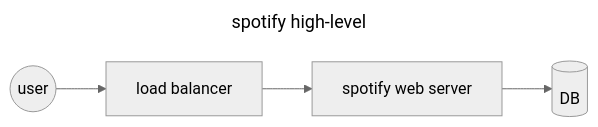
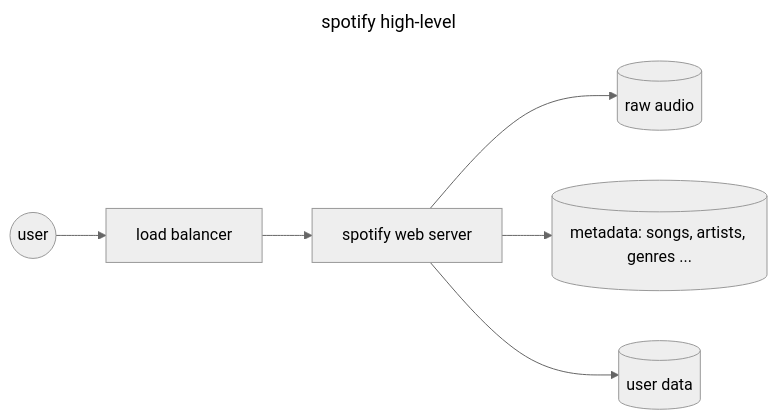
Before and after one commit to brk-a/system-design: the first of 2 diagrams in 0x0B-spotify/0-spotify.md, drawn with Mermaid (neutral theme). The commit also changed other lines of this file, not shown here.

````diff
--- a/0x0B-spotify/0-spotify.md
+++ b/0x0B-spotify/0-spotify.md
@@ -24,9 +26,11 @@
     ```mermaid
     ---
     title: spotify high-level
     ---
         flowchart LR
         A((user))-->B[load balancer]
         B-->C[spotify web server]
-        C-->D[(DB)]
+        C-->D[(raw audio)]
+        C-->E[(metadata: songs, artists, genres ... )]
+        C-->F[(user data)]
     ```
````
